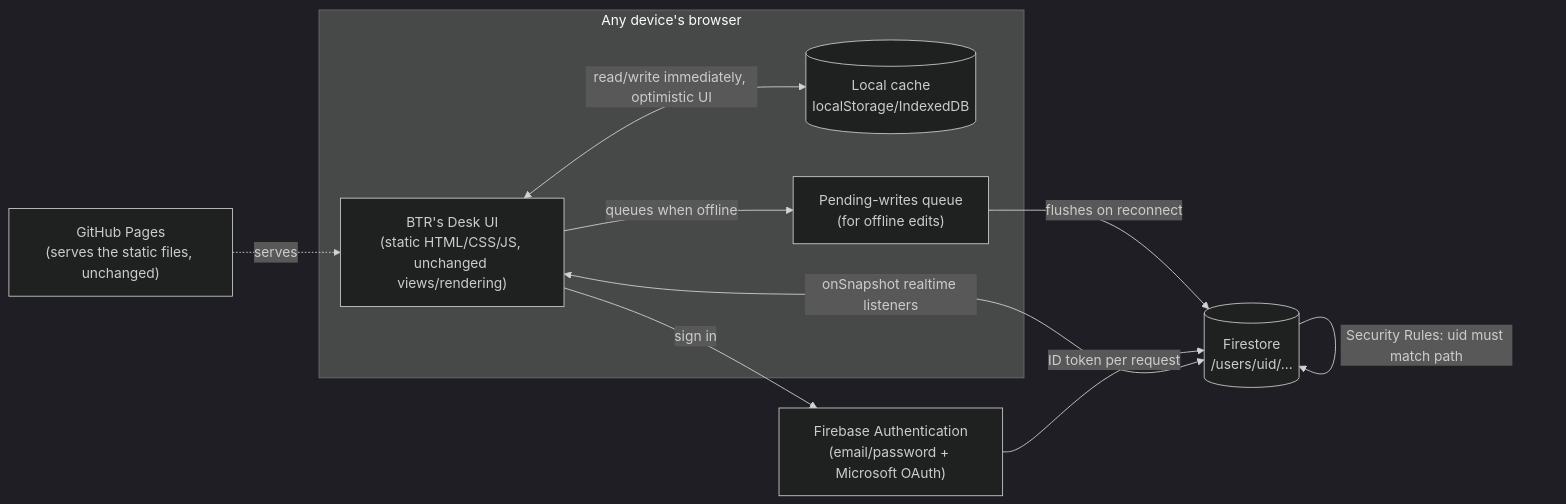
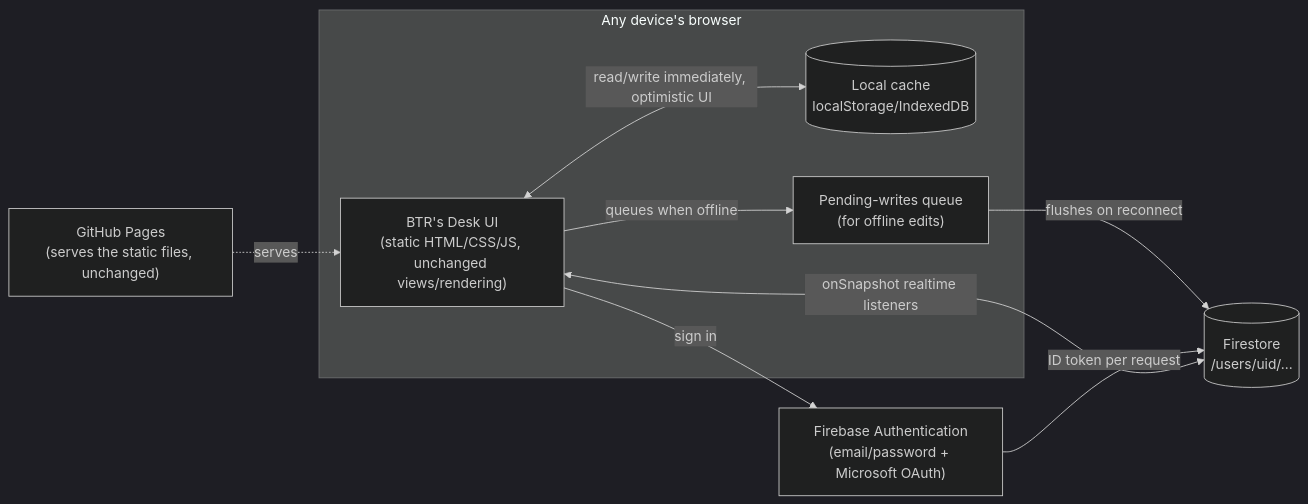
Before and after one commit to Bhuvan-Teja/BTRDesk: the diagram in docs/multi-user-scaling-plan.md, drawn with Mermaid (dark theme). The commit also changed other lines of this file, not shown here.

First line of the commit message:
docs: add plain-text architecture fallback, simplify the diagram

````diff
--- a/docs/multi-user-scaling-plan.md
+++ b/docs/multi-user-scaling-plan.md
@@ -64,18 +81,17 @@
 ```mermaid
 flowchart LR
     subgraph Device["Any device's browser"]
         UI["BTR's Desk UI<br/>(static HTML/CSS/JS, unchanged views/rendering)"]
         Local[("Local cache<br/>localStorage/IndexedDB")]
         Queue["Pending-writes queue<br/>(for offline edits)"]
     end
 
     Pages["GitHub Pages<br/>(serves the static files, unchanged)"] -. serves .-> UI
     UI <-->|read/write immediately, optimistic UI| Local
     UI -->|queues when offline| Queue
-    Queue -->|flushes on reconnect| FS
+    Queue -->|flushes on reconnect| FS[("Firestore<br/>/users/uid/...")]
 
     UI -->|sign in| Auth["Firebase Authentication<br/>(email/password + Microsoft OAuth)"]
     Auth -->|ID token per request| FS
-    UI <-->|onSnapshot realtime listeners| FS[("Firestore<br/>/users/uid/...")]
-    FS -->|Security Rules: uid must match path| FS
+    UI <-->|onSnapshot realtime listeners| FS
 ```
````
